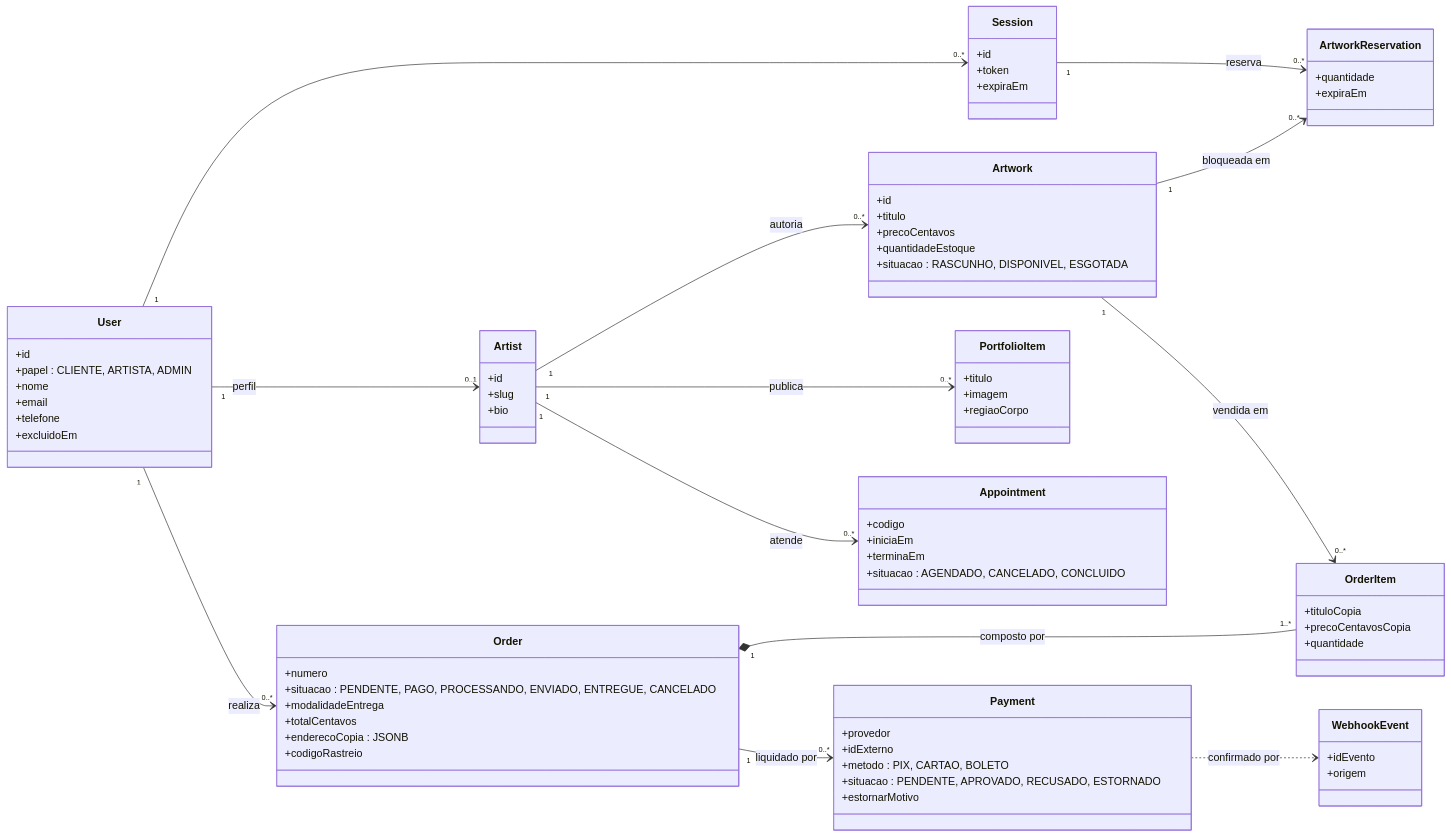
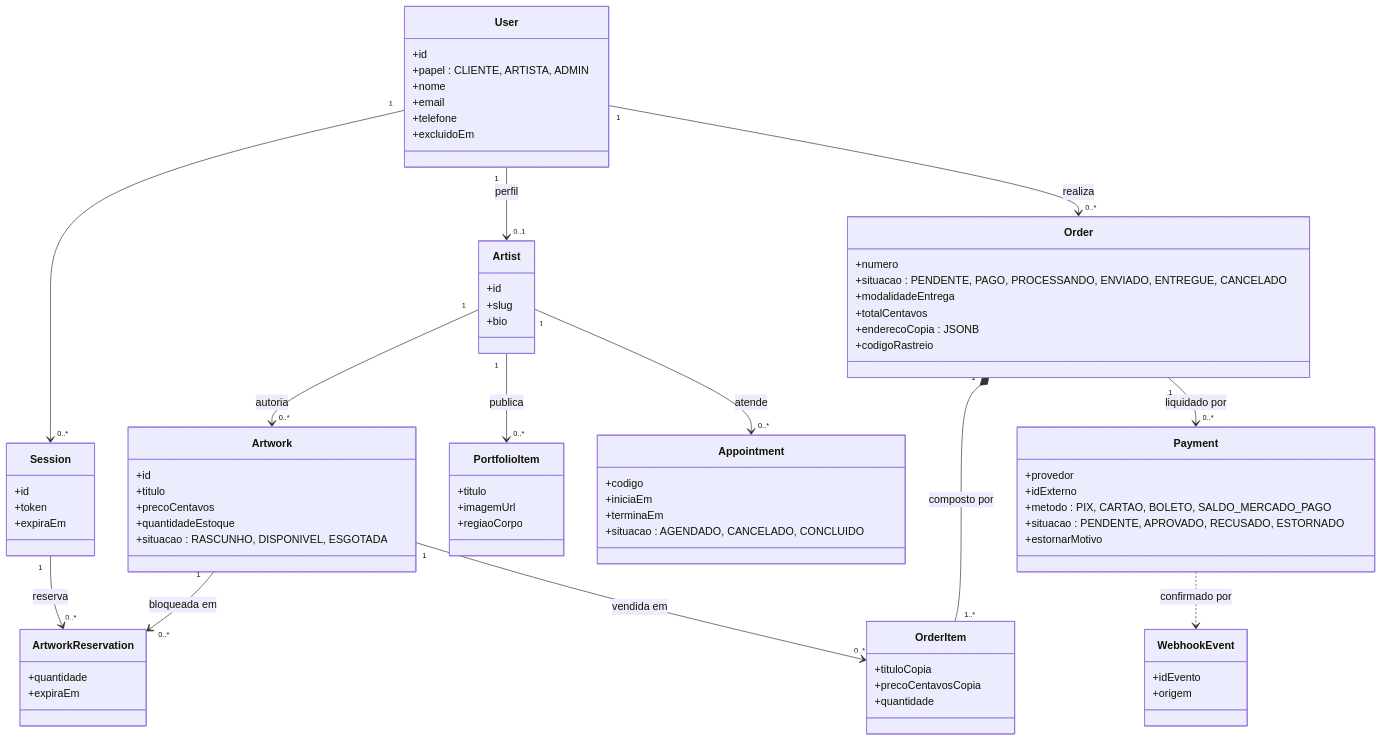
One commit to caioalves19/tcc-2 changed the diagram in docs/figuras_geradas/fontes/figura_4_4_classes.mmd. Above: the diagram before and after it, drawn with Mermaid. The commit also changed 8 other files, not shown here.

Commit message:
docs: corrige diagramas e orienta capturas da monografia (#84)

```diff
--- a/docs/figuras_geradas/fontes/figura_4_4_classes.mmd
+++ b/docs/figuras_geradas/fontes/figura_4_4_classes.mmd
@@ -1,78 +1,78 @@
 classDiagram
-  direction LR
+  direction TB
   class User {
     +id
     +papel : CLIENTE, ARTISTA, ADMIN
     +nome
     +email
     +telefone
     +excluidoEm
   }
   class Session {
     +id
     +token
     +expiraEm
   }
   class Artist {
     +id
     +slug
     +bio
   }
   class Artwork {
     +id
     +titulo
     +precoCentavos
     +quantidadeEstoque
     +situacao : RASCUNHO, DISPONIVEL, ESGOTADA
   }
   class ArtworkReservation {
     +quantidade
     +expiraEm
   }
   class Order {
     +numero
     +situacao : PENDENTE, PAGO, PROCESSANDO, ENVIADO, ENTREGUE, CANCELADO
     +modalidadeEntrega
     +totalCentavos
     +enderecoCopia : JSONB
     +codigoRastreio
   }
   class OrderItem {
     +tituloCopia
     +precoCentavosCopia
     +quantidade
   }
   class Payment {
     +provedor
     +idExterno
-    +metodo : PIX, CARTAO, BOLETO
+    +metodo : PIX, CARTAO, BOLETO, SALDO_MERCADO_PAGO
     +situacao : PENDENTE, APROVADO, RECUSADO, ESTORNADO
     +estornarMotivo
   }
   class WebhookEvent {
     +idEvento
     +origem
   }
   class PortfolioItem {
     +titulo
-    +imagem
+    +imagemUrl
     +regiaoCorpo
   }
   class Appointment {
     +codigo
     +iniciaEm
     +terminaEm
     +situacao : AGENDADO, CANCELADO, CONCLUIDO
   }
   User "1" --> "0..*" Session
   User "1" --> "0..1" Artist : perfil
   User "1" --> "0..*" Order : realiza
   Artist "1" --> "0..*" Artwork : autoria
   Artist "1" --> "0..*" PortfolioItem : publica
   Artist "1" --> "0..*" Appointment : atende
   Artwork "1" --> "0..*" ArtworkReservation : bloqueada em
   Session "1" --> "0..*" ArtworkReservation : reserva
   Order "1" *-- "1..*" OrderItem : composto por
   Artwork "1" --> "0..*" OrderItem : vendida em
   Order "1" --> "0..*" Payment : liquidado por
   Payment ..> WebhookEvent : confirmado por
```
